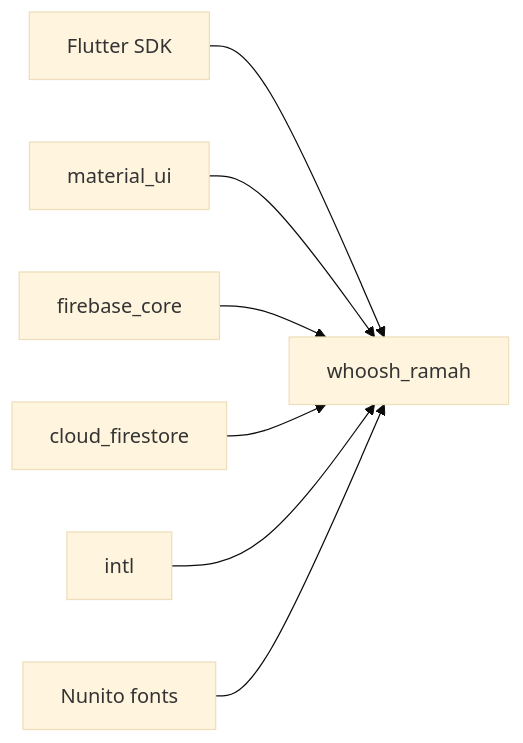
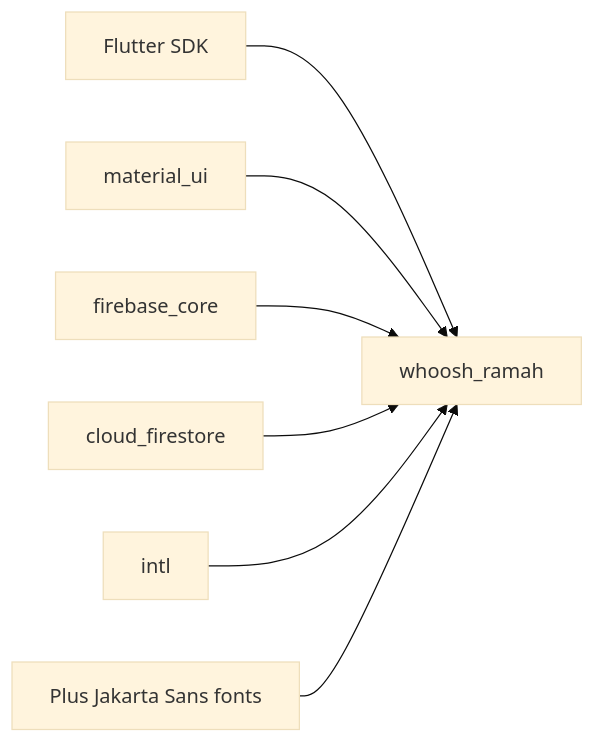
The eighth of 9 diagrams in .qoder/repowiki/en/content/Mobile Application/Mobile Application.md (rdsarjito/whoosh-ramah), drawn with Mermaid (base theme) before and after one commit. The commit also changed other lines of this file and 68 other files, not shown here.

````diff
--- a/.qoder/repowiki/en/content/Mobile Application/Mobile Application.md
+++ b/.qoder/repowiki/en/content/Mobile Application/Mobile Application.md
@@ -372,9 +466,9 @@
 ```mermaid
 graph LR
 Flutter["Flutter SDK"] --> App["whoosh_ramah"]
 MaterialUI["material_ui"] --> App
 FirebaseCore["firebase_core"] --> App
 Firestore["cloud_firestore"] --> App
 Intl["intl"] --> App
-Fonts["Nunito fonts"] --> App
+Fonts["Plus Jakarta Sans fonts"] --> App
 ```
````
